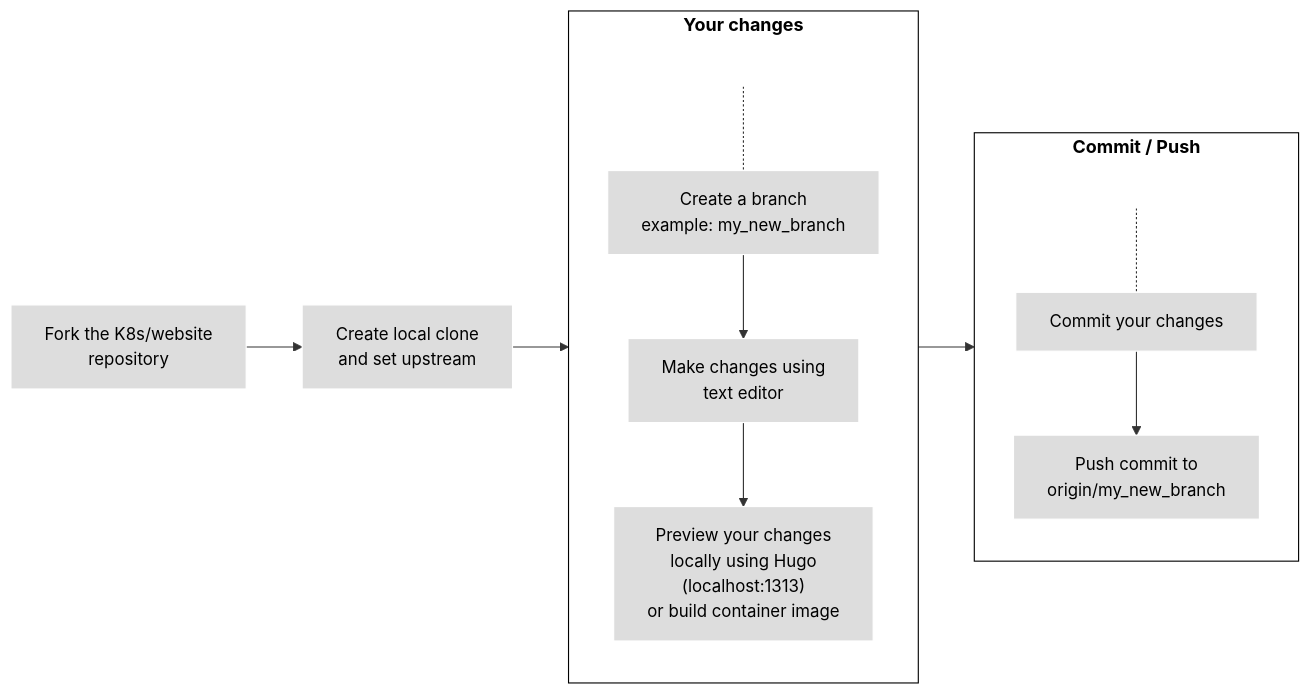
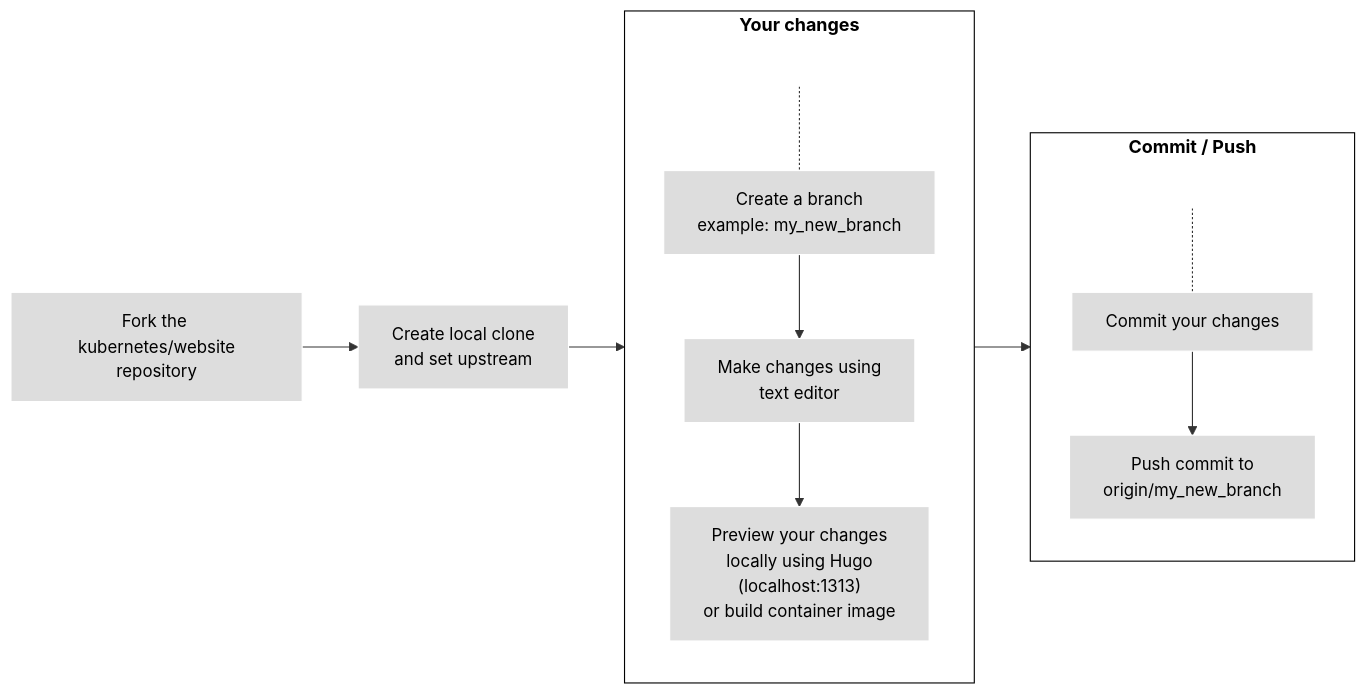
Before and after one commit to KimSJ15/kubernetes_website: the second of 3 diagrams in content/en/docs/contribute/new-content/open-a-pr.md, drawn with Mermaid. The commit also changed other lines of this file and 4 other files, not shown here.

```diff
--- a/content/en/docs/contribute/new-content/open-a-pr.md
+++ b/content/en/docs/contribute/new-content/open-a-pr.md
@@ -133,24 +133,24 @@
 {{< mermaid >}}
 flowchart LR
-1[Fork the K8s/website<br>repository] --> 2[Create local clone<br>and set upstream]
+1[Fork the kubernetes/website<br>repository] --> 2[Create local clone<br>and set upstream]
 subgraph changes[Your changes]
 direction TB
 S[ ] -.-
 3[Create a branch<br>example: my_new_branch] --> 3a[Make changes using<br>text editor] --> 4["Preview your changes<br>locally using Hugo<br>(localhost:1313)<br>or build container image"]
 end
 subgraph changes2[Commit / Push]
 direction TB
 T[ ] -.-
 5[Commit your changes] --> 6[Push commit to<br>origin/my_new_branch]
 end
 
 2 --> changes --> changes2
 
 classDef grey fill:#dddddd,stroke:#ffffff,stroke-width:px,color:#000000, font-size:15px;
 classDef white fill:#ffffff,stroke:#000,stroke-width:px,color:#000,font-weight:bold
 classDef k8s fill:#326ce5,stroke:#fff,stroke-width:1px,color:#fff;
 classDef spacewhite fill:#ffffff,stroke:#fff,stroke-width:0px,color:#000
 class 1,2,3,3a,4,5,6 grey
 class S,T spacewhite
 class changes,changes2 white
 {{</ mermaid >}}
```
